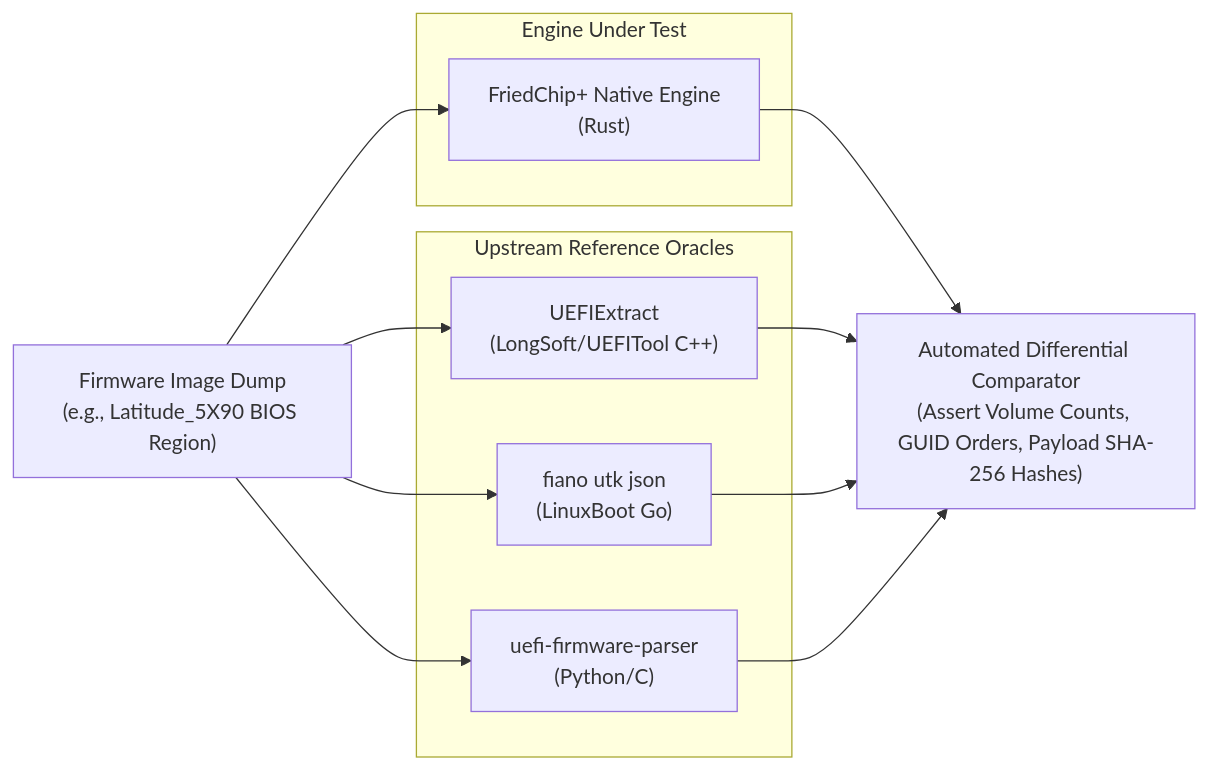
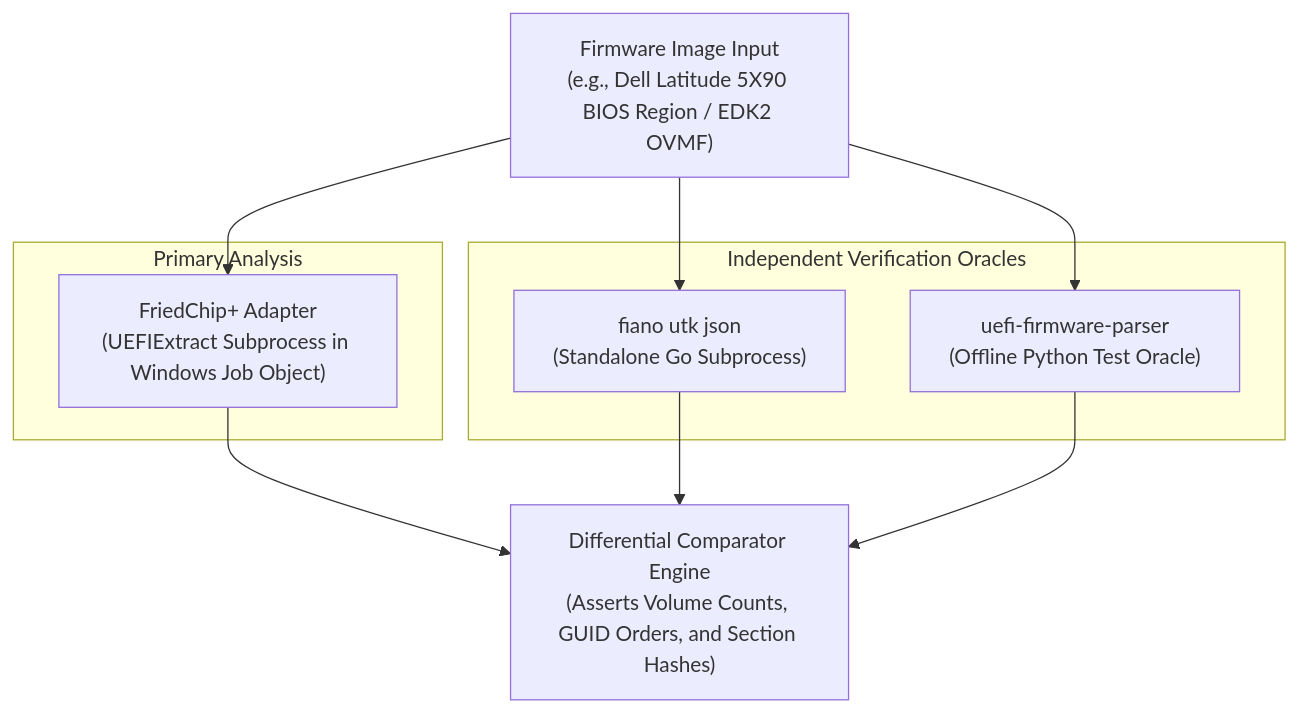
One commit to sufibuildwith-py/FriedChip- changed the diagram in research/UEFI_VALIDATION_AND_TEST_STRATEGY.md. Above: the diagram before and after it, drawn with Mermaid. The commit also changed other lines of this file and 11 other files, not shown here.

Commit message:
docs(phase3a.1): correct UEFI architecture and establish reuse-first multi-engine design

````diff
--- a/research/UEFI_VALIDATION_AND_TEST_STRATEGY.md
+++ b/research/UEFI_VALIDATION_AND_TEST_STRATEGY.md
@@ -47,26 +70,23 @@
 ```mermaid
-flowchart LR
-    Dump["Firmware Image Dump\n(e.g., Latitude_5X90 BIOS Region)"]
+flowchart TD
+    Firmware["Firmware Image Input\n(e.g., Dell Latitude 5X90 BIOS Region / EDK2 OVMF)"]
     
-    subgraph EngineUnderTest ["Engine Under Test"]
-        FC["FriedChip+ Native Engine\n(Rust)"]
+    subgraph PrimaryExecution ["Primary Analysis"]
+        FC["FriedChip+ Adapter\n(UEFIExtract Subprocess in Windows Job Object)"]
     end
     
-    subgraph Oracles ["Upstream Reference Oracles"]
-        UE["UEFIExtract\n(LongSoft/UEFITool C++)"]
-        UTK["fiano utk json\n(LinuxBoot Go)"]
-        UFP["uefi-firmware-parser\n(Python/C)"]
+    subgraph IndependentOracles ["Independent Verification Oracles"]
+        UTK["fiano utk json\n(Standalone Go Subprocess)"]
+        UFP["uefi-firmware-parser\n(Offline Python Test Oracle)"]
     end
     
-    Comp["Automated Differential Comparator\n(Assert Volume Counts, GUID Orders, Payload SHA-256 Hashes)"]
+    Comp["Differential Comparator Engine\n(Asserts Volume Counts, GUID Orders, and Section Hashes)"]
 
-    Dump --> FC
-    Dump --> UE
-    Dump --> UTK
-    Dump --> UFP
+    Firmware --> FC
+    Firmware --> UTK
+    Firmware --> UFP
     
     FC --> Comp
-    UE --> Comp
     UTK --> Comp
     UFP --> Comp
 ```
````
